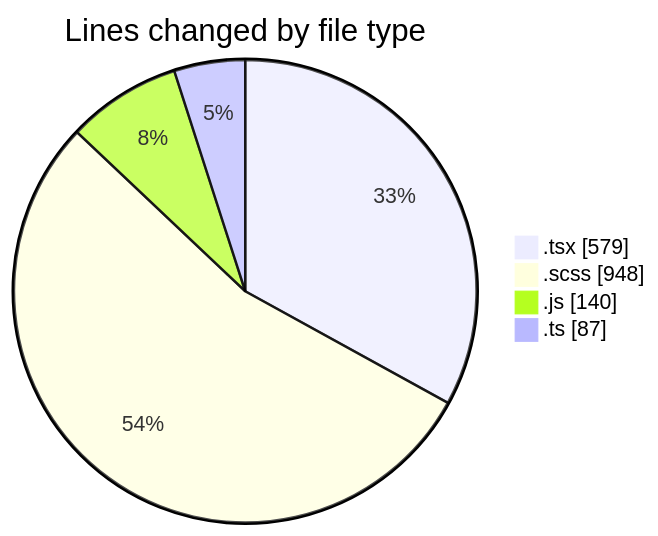
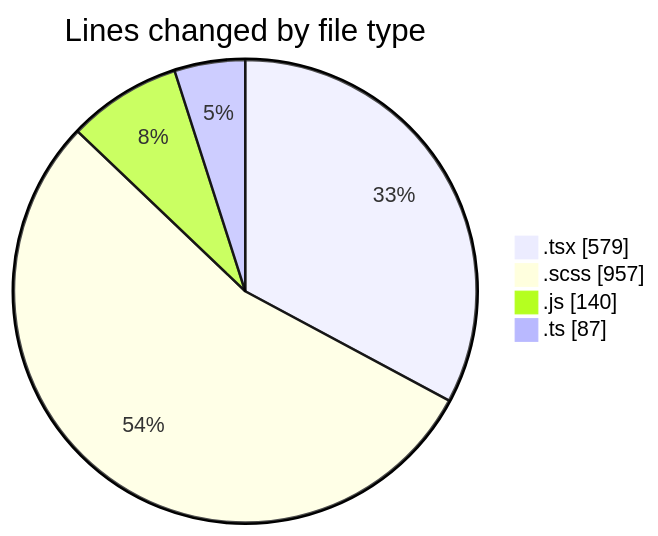
The first of 2 diagrams in 2026-03-25/cda/README.md (momahboobian/code-tracking), drawn with Mermaid before and after one commit. The commit also changed other lines of this file and 1 other file, not shown here.

````diff
--- a/2026-03-25/cda/README.md
+++ b/2026-03-25/cda/README.md
@@ -23,8 +23,8 @@
 ```mermaid
 pie showData
 title Lines changed by file type
 ".tsx" : 579
-".scss" : 948
+".scss" : 957
 ".js" : 140
 ".ts" : 87
 ```
````
